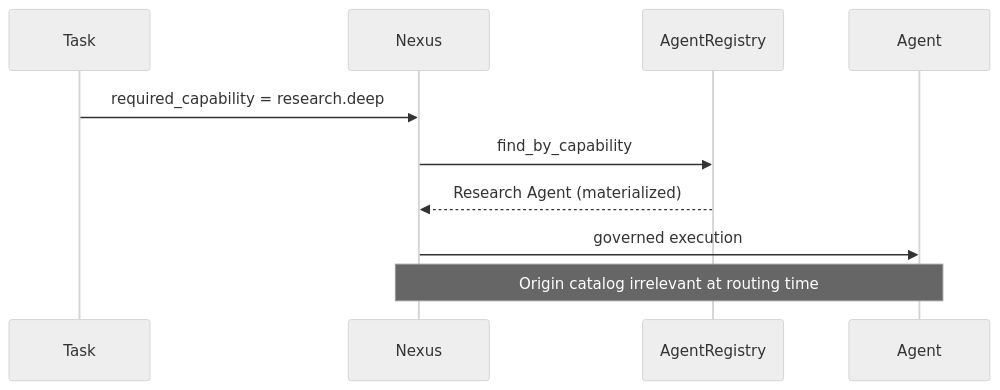
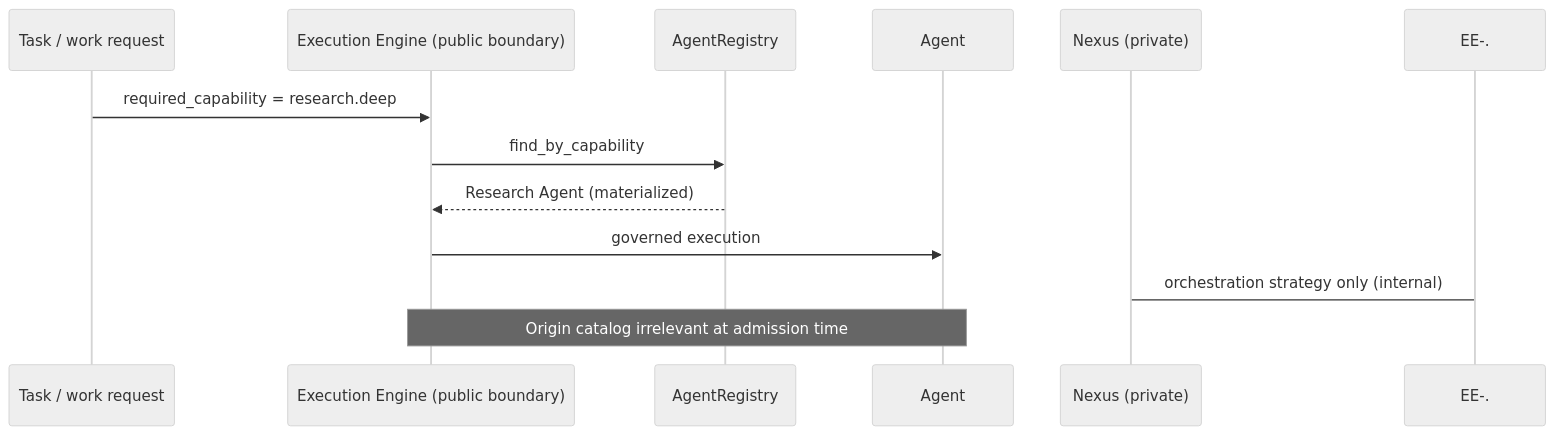
Before and after one commit to jakbuczarnecki/intergrax: diagram 19 of 24 in docs/project/overview/AGENT_MARKETPLACE.md, drawn with Mermaid (neutral theme). The commit also changed other lines of this file, not shown here.

First line of the commit message:
docs(marketplace): align agent marketplace with execution boundary

````diff
--- a/docs/project/overview/AGENT_MARKETPLACE.md
+++ b/docs/project/overview/AGENT_MARKETPLACE.md
@@ -813,13 +828,15 @@
 ```mermaid
 sequenceDiagram
-    participant T as Task
-    participant N as Nexus
+    participant T as Task / work request
+    participant EE as Execution Engine (public boundary)
     participant R as AgentRegistry
     participant A as Agent
+    participant NX as Nexus (private)
 
-    T->>N: required_capability = research.deep
-    N->>R: find_by_capability
-    R-->>N: Research Agent (materialized)
-    N->>A: governed execution
-    Note over N,A: Origin catalog irrelevant at routing time
+    T->>EE: required_capability = research.deep
+    EE->>R: find_by_capability
+    R-->>EE: Research Agent (materialized)
+    EE->>A: governed execution
+    EE-.->NX: orchestration strategy only (internal)
+    Note over EE,A: Origin catalog irrelevant at admission time
 ```
````
